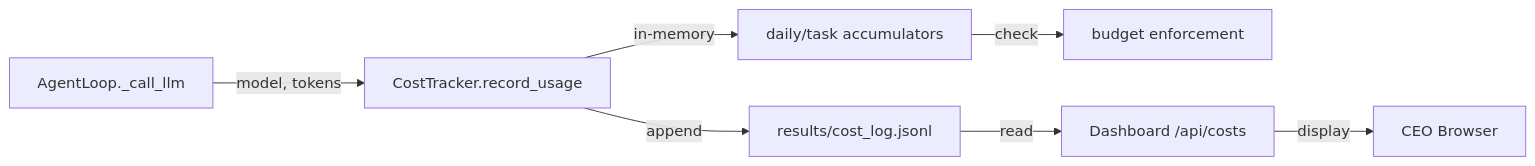
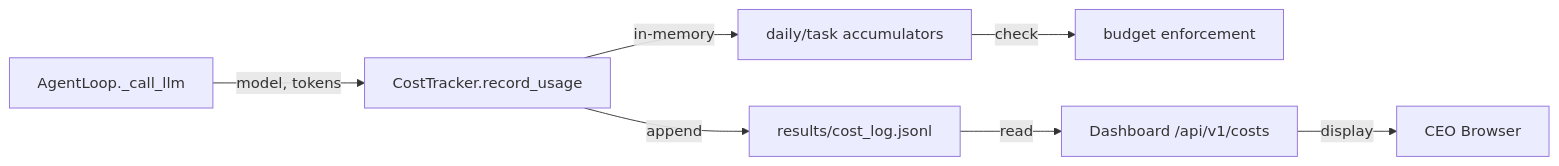
One commit to jmlusu/light-speed-holdings changed the fourth of 4 diagrams in docs/INTEGRATION-ARCHITECTURE.md. Above: the diagram before and after it, drawn with Mermaid. The commit also changed other lines of this file and 45 other files, not shown here.

First line of the commit message:
docs: ADR-014 migrate API reference/callsites to /api/v1 and /ws/v1/dashboard

````diff
--- a/docs/INTEGRATION-ARCHITECTURE.md
+++ b/docs/INTEGRATION-ARCHITECTURE.md
@@ -335,9 +335,9 @@
 ```mermaid
 flowchart LR
     A[AgentLoop._call_llm] -->|model, tokens| B[CostTracker.record_usage]
     B -->|append| C[results/cost_log.jsonl]
     B -->|in-memory| D[daily/task accumulators]
     D -->|check| E[budget enforcement]
-    C -->|read| F[Dashboard /api/costs]
+    C -->|read| F[Dashboard /api/v1/costs]
     F -->|display| G[CEO Browser]
 ```
````
